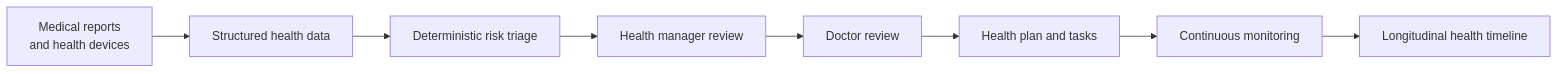
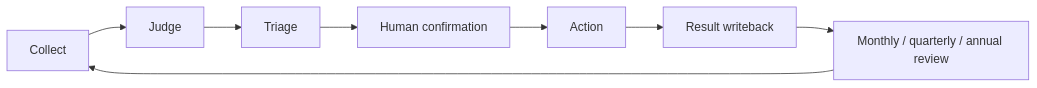
Before and after one commit to KaedeharaT/executive-healthops: the first of 3 diagrams in README.md, drawn with Mermaid. The commit also changed other lines of this file and 29 other files, not shown here.

````diff
--- a/README.md
+++ b/README.md
@@ -26,10 +26,10 @@
 ```mermaid
 flowchart LR
-    A[Medical reports<br/>and health devices] --> B[Structured health data]
-    B --> C[Deterministic risk triage]
-    C --> D[Health manager review]
-    D --> E[Doctor review]
-    E --> F[Health plan and tasks]
-    F --> G[Continuous monitoring]
-    G --> H[Longitudinal health timeline]
+    A[Collect] --> B[Judge]
+    B --> C[Triage]
+    C --> D[Human confirmation]
+    D --> E[Action]
+    E --> F[Result writeback]
+    F --> G[Monthly / quarterly / annual review]
+    G --> A
 ```
````
